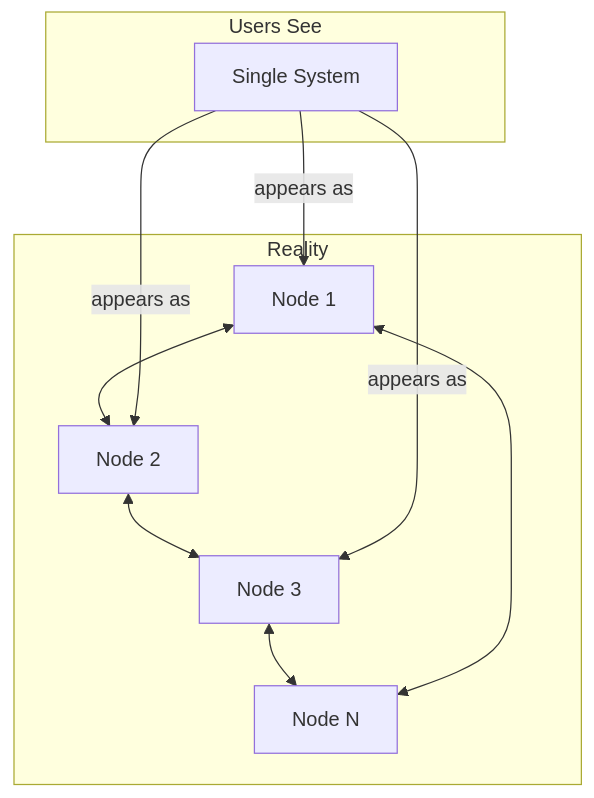
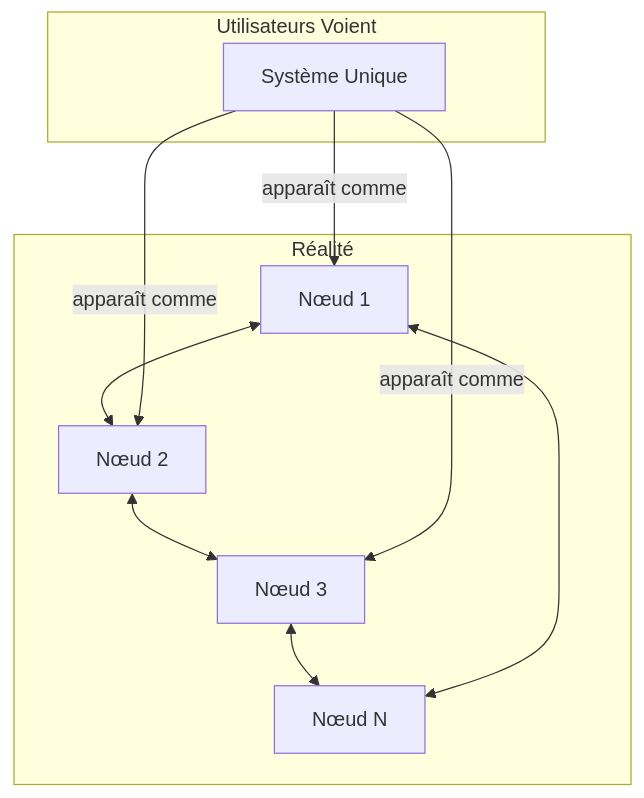
The first of 9 diagrams in src/fundamentals/01-what-is-ds.md (dardourimohamed/distributed-systems-course), drawn with Mermaid before and after one commit. The commit also changed other lines of this file and 38 other files, not shown here.

````diff
--- a/src/fundamentals/01-what-is-ds.md
+++ b/src/fundamentals/01-what-is-ds.md
@@ -16,22 +16,22 @@
 ```mermaid
 graph TB
-    subgraph "Users See"
-        Single["Single System"]
+    subgraph "Utilisateurs Voient"
+        Single["Système Unique"]
     end
 
-    subgraph "Reality"
-        N1["Node 1"]
-        N2["Node 2"]
-        N3["Node 3"]
-        N4["Node N"]
+    subgraph "Réalité"
+        N1["Nœud 1"]
+        N2["Nœud 2"]
+        N3["Nœud 3"]
+        N4["Nœud N"]
 
         N1 <--> N2
         N2 <--> N3
         N3 <--> N4
         N4 <--> N1
     end
 
-    Single -->|"appears as"| N1
-    Single -->|"appears as"| N2
-    Single -->|"appears as"| N3
+    Single -->|"apparaît comme"| N1
+    Single -->|"apparaît comme"| N2
+    Single -->|"apparaît comme"| N3
 ```
````
